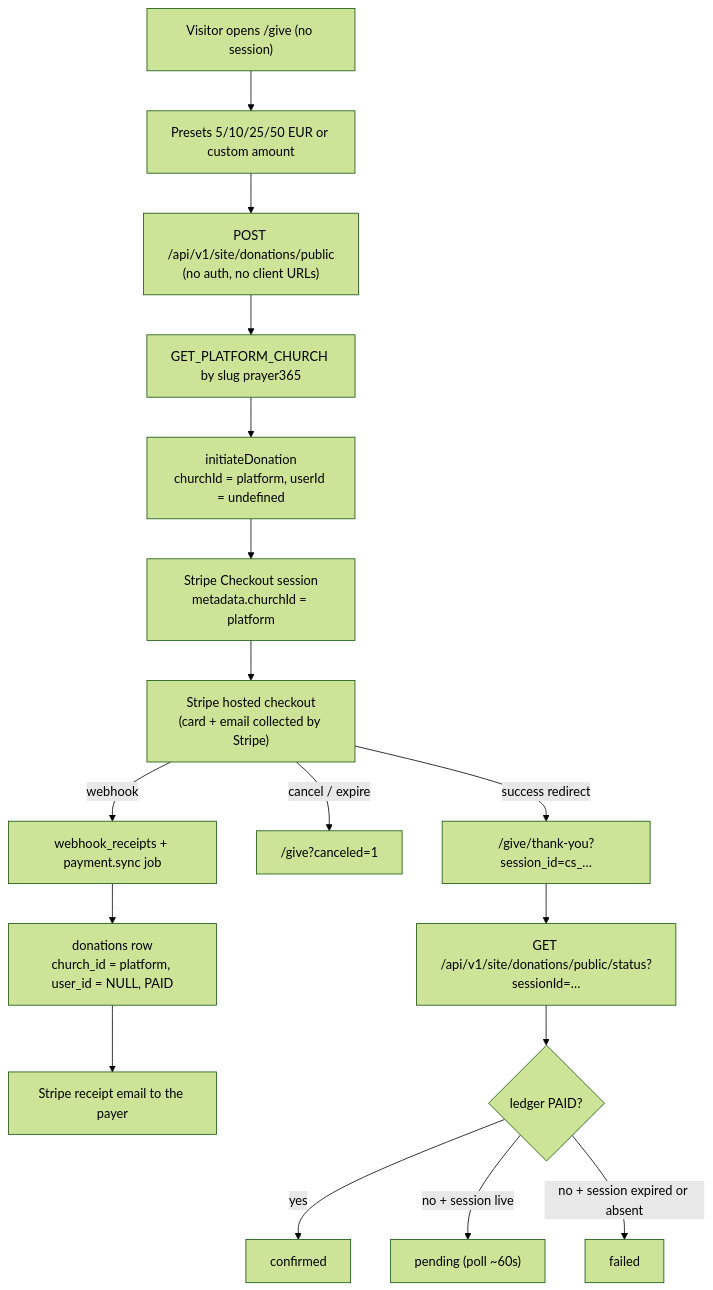
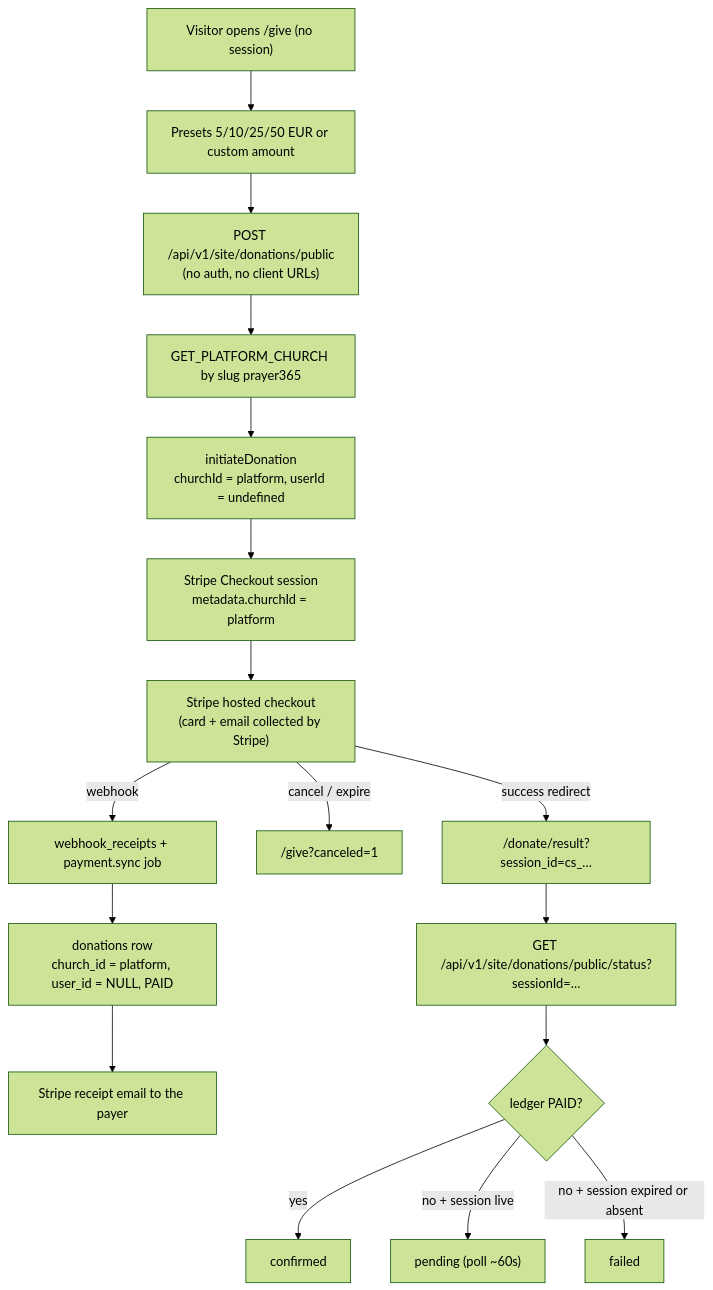
The diagram in docs/new-feature/public-donation.md (prayer365admin/website-prayer-365), drawn with Mermaid (forest theme) before and after one commit. The commit also changed other lines of this file and 65 other files, not shown here.

Commit message:
feat(donation): public guest giving, one thank-you page, platform report

````diff
--- a/docs/new-feature/public-donation.md
+++ b/docs/new-feature/public-donation.md
@@ -173,19 +176,19 @@
 ```mermaid
 flowchart TD
   A["Visitor opens /give (no session)"] --> B["Presets 5/10/25/50 EUR or custom amount"]
   B --> C["POST /api/v1/site/donations/public<br/>(no auth, no client URLs)"]
   C --> D["GET_PLATFORM_CHURCH by slug prayer365"]
   D --> E["initiateDonation<br/>churchId = platform, userId = undefined"]
   E --> F["Stripe Checkout session<br/>metadata.churchId = platform"]
   F --> G["Stripe hosted checkout<br/>(card + email collected by Stripe)"]
-  G -->|success redirect| H["/give/thank-you?session_id=cs_…"]
+  G -->|success redirect| H["/donate/result?session_id=cs_…"]
   G -->|cancel / expire| I["/give?canceled=1"]
   G -->|webhook| J["webhook_receipts + payment.sync job"]
   J --> K["donations row<br/>church_id = platform, user_id = NULL, PAID"]
   K --> L["Stripe receipt email to the payer"]
   H --> M["GET /api/v1/site/donations/public/status?sessionId=…"]
   M --> N{"ledger PAID?"}
   N -->|yes| O["confirmed"]
   N -->|no + session live| P["pending (poll ~60s)"]
   N -->|no + session expired or absent| Q["failed"]
 ```
````
